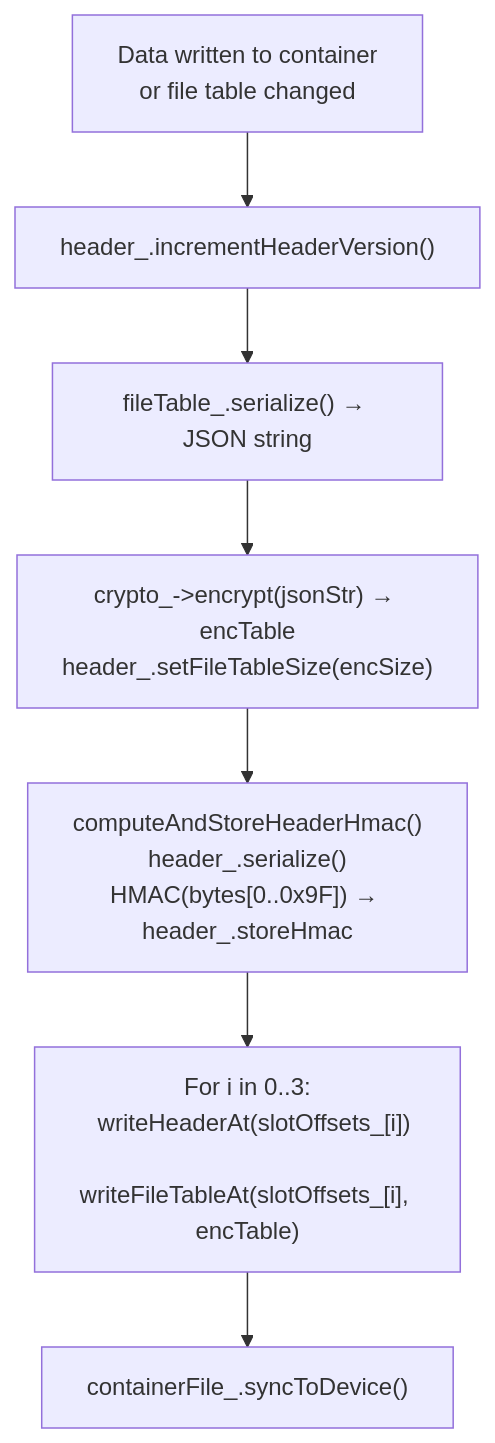
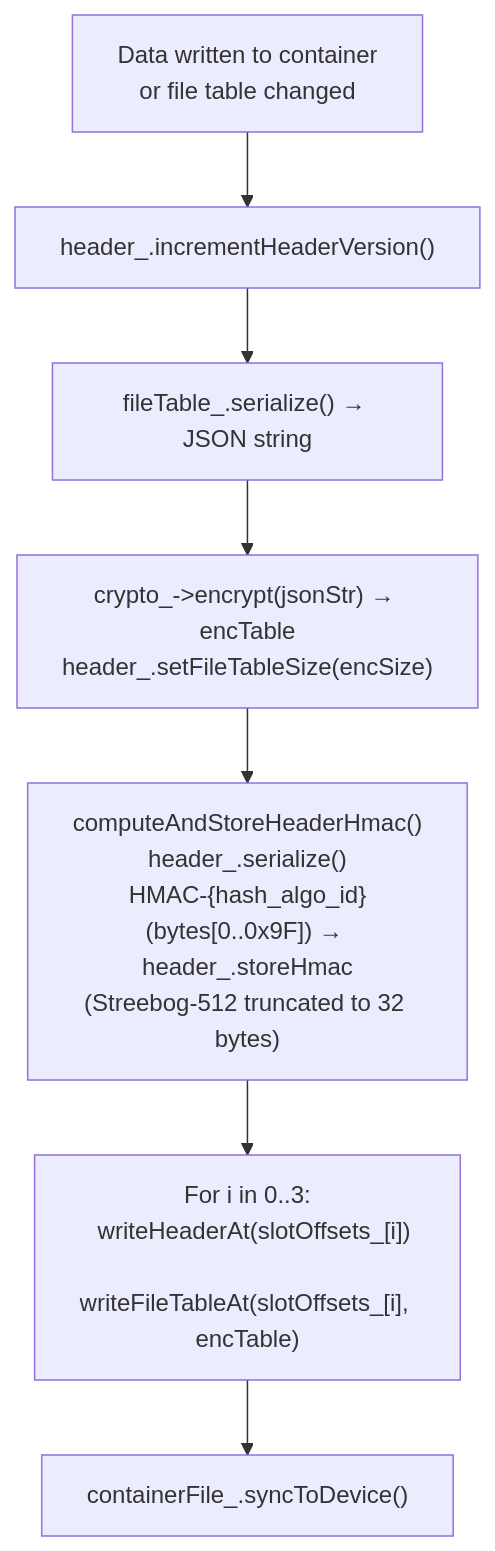
One commit to TheatreLight/scef changed the sixth of 8 diagrams in docs/data-flows.md. Above: the diagram before and after it, drawn with Mermaid. The commit also changed other lines of this file and 40 other files, not shown here.

````diff
--- a/docs/data-flows.md
+++ b/docs/data-flows.md
@@ -142,12 +142,12 @@
 ```mermaid
 flowchart TD
     A["Data written to container\nor file table changed"]
     B["header_.incrementHeaderVersion()"]
     C["fileTable_.serialize() → JSON string"]
     D["crypto_->encrypt(jsonStr) → encTable\nheader_.setFileTableSize(encSize)"]
-    E["computeAndStoreHeaderHmac()\nheader_.serialize()\nHMAC(bytes[0..0x9F]) → header_.storeHmac"]
+    E["computeAndStoreHeaderHmac()\nheader_.serialize()\nHMAC-{hash_algo_id}(bytes[0..0x9F]) → header_.storeHmac\n(Streebog-512 truncated to 32 bytes)"]
     F["For i in 0..3:\n  writeHeaderAt(slotOffsets_[i])\n  writeFileTableAt(slotOffsets_[i], encTable)"]
     G["containerFile_.syncToDevice()"]
 
     A --> B --> C --> D --> E --> F --> G
 ```
````
